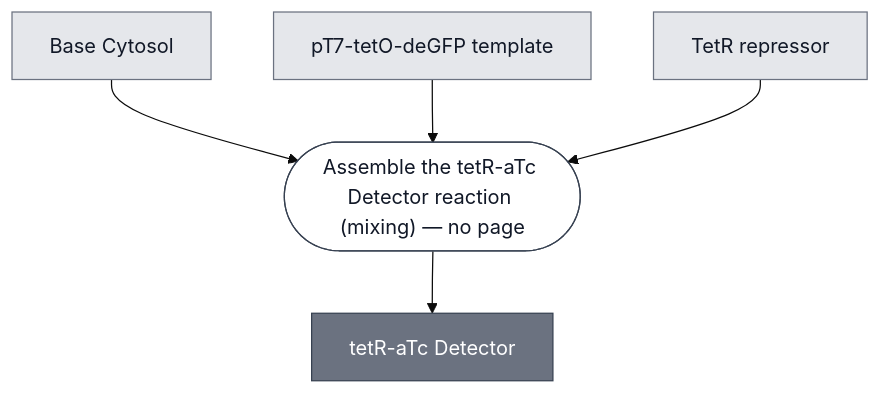
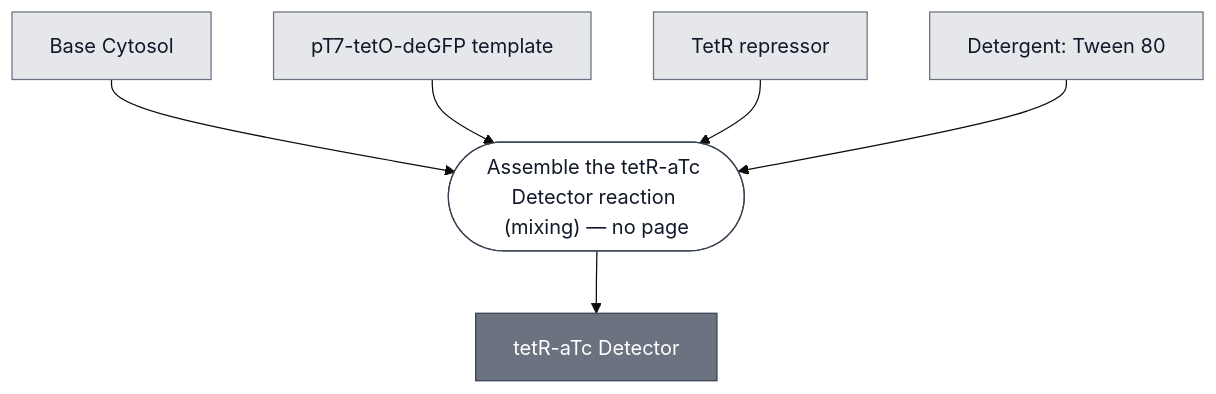
The diagram in docs/modules/detector-tetr-atc/spec.md (nucleus-eng/nucleus-docs), drawn with Mermaid (base theme) before and after one commit. The commit also changed other lines of this file and 34 other files, not shown here.

````diff
--- a/docs/modules/detector-tetr-atc/spec.md
+++ b/docs/modules/detector-tetr-atc/spec.md
@@ -33,25 +33,28 @@
 ```mermaid
 flowchart TD
     BASE_CYTOSOL["Base Cytosol"]
     TETO_TEMPLATE["pT7-tetO-deGFP template"]
     TETR["TetR repressor"]
+    DETERGENT_TWEEN_80["Detergent: Tween 80"]
 
     P1_ASSEMBLE_REACTION_0(["Assemble the tetR-aTc Detector reaction (mixing) — no page"])
     DETECTOR_TETR_ATC["tetR-aTc Detector"]
 
     BASE_CYTOSOL --> P1_ASSEMBLE_REACTION_0
     TETO_TEMPLATE --> P1_ASSEMBLE_REACTION_0
     TETR --> P1_ASSEMBLE_REACTION_0
+    DETERGENT_TWEEN_80 --> P1_ASSEMBLE_REACTION_0
     P1_ASSEMBLE_REACTION_0 --> DETECTOR_TETR_ATC
 
 
     classDef leaf     fill:#e5e7eb,stroke:#6b7280,color:#111827;
     classDef composed fill:#6b7280,stroke:#374151,color:#ffffff;
     classDef process  fill:#ffffff,stroke:#374151,color:#111827;
-    class BASE_CYTOSOL,TETO_TEMPLATE,TETR leaf;
+    class BASE_CYTOSOL,TETO_TEMPLATE,TETR,DETERGENT_TWEEN_80 leaf;
     class DETECTOR_TETR_ATC composed;
     class P1_ASSEMBLE_REACTION_0 process;
 
     click BASE_CYTOSOL "/docs/modules/base-cytosol/spec"
+    click DETERGENT_TWEEN_80 "/docs/modules/detergent-tween-80/spec"
     click DETECTOR_TETR_ATC "/docs/modules/detector-tetr-atc/spec"
 ```
````
